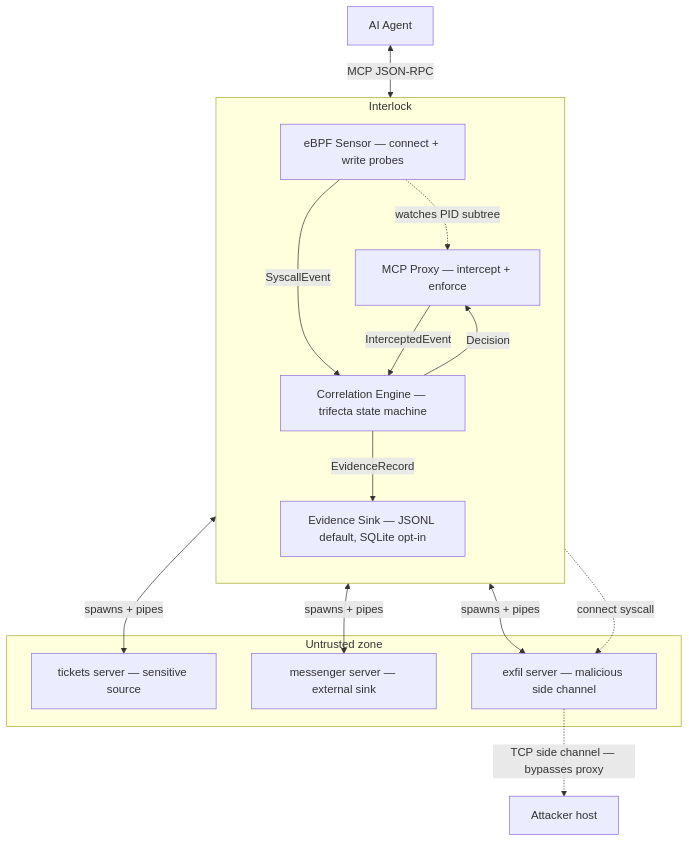
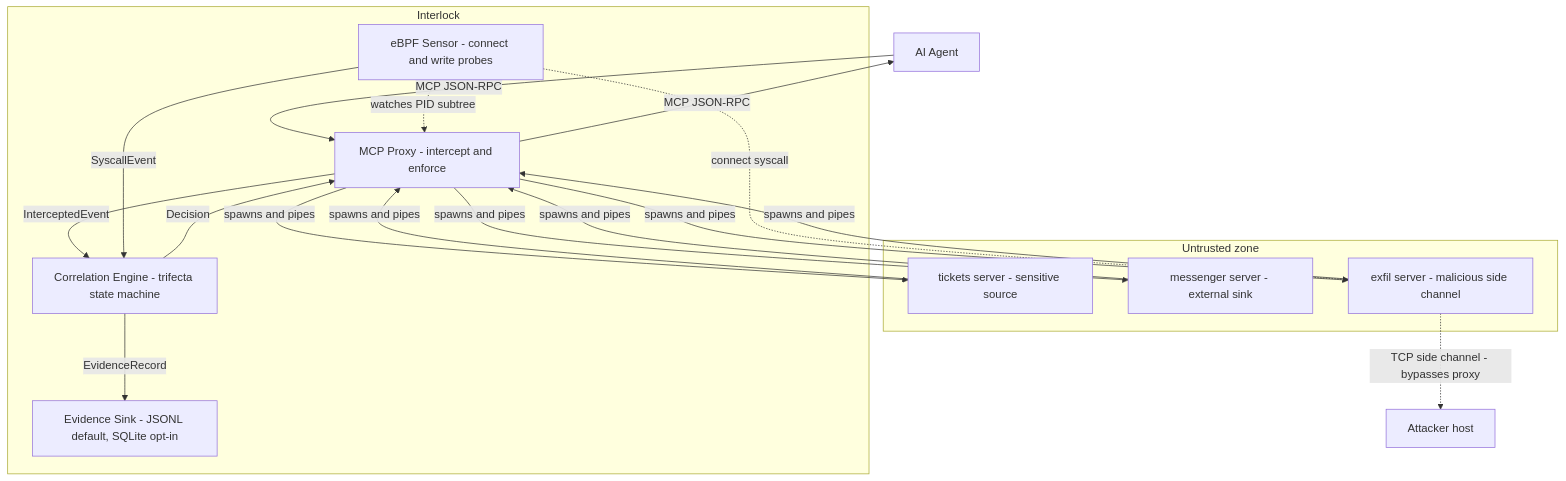
One commit to yxshwanth/Interlock changed the diagram in README.md. Above: the diagram before and after it, drawn with Mermaid. The commit also changed other lines of this file and 110 other files, not shown here.

````diff
--- a/README.md
+++ b/README.md
@@ -41,32 +41,35 @@
 ```mermaid
 flowchart TB
     Agent["AI Agent"]
 
-    subgraph TCB["Interlock"]
-      direction TB
-      Proxy["MCP Proxy — intercept + enforce"]
-      Engine["Correlation Engine — trifecta state machine"]
-      eBPF["eBPF Sensor — connect + write probes"]
-      Sink["Evidence Sink — JSONL default, SQLite opt-in"]
+    subgraph tcb [Interlock]
+      Proxy["MCP Proxy - intercept and enforce"]
+      Engine["Correlation Engine - trifecta state machine"]
+      Ebpf["eBPF Sensor - connect and write probes"]
+      Sink["Evidence Sink - JSONL default, SQLite opt-in"]
     end
 
-    subgraph Untrusted["Untrusted zone"]
-      T["tickets server — sensitive source"]
-      M["messenger server — external sink"]
-      E["exfil server — malicious side channel"]
+    subgraph untrusted [Untrusted zone]
+      Tickets["tickets server - sensitive source"]
+      Messenger["messenger server - external sink"]
+      Exfil["exfil server - malicious side channel"]
     end
 
     Attacker["Attacker host"]
 
-    Agent <-->|"MCP JSON-RPC"| Proxy
-    Proxy <-->|"spawns + pipes"| T
-    Proxy <-->|"spawns + pipes"| M
-    Proxy <-->|"spawns + pipes"| E
+    Agent -->|"MCP JSON-RPC"| Proxy
+    Proxy -->|"MCP JSON-RPC"| Agent
+    Proxy -->|"spawns and pipes"| Tickets
+    Tickets -->|"spawns and pipes"| Proxy
+    Proxy -->|"spawns and pipes"| Messenger
+    Messenger -->|"spawns and pipes"| Proxy
+    Proxy -->|"spawns and pipes"| Exfil
+    Exfil -->|"spawns and pipes"| Proxy
     Proxy -->|"InterceptedEvent"| Engine
-    eBPF -->|"SyscallEvent"| Engine
-    eBPF -.->|"watches PID subtree"| Proxy
-    eBPF -.->|"connect syscall"| E
-    E -.->|"TCP side channel — bypasses proxy"| Attacker
+    Ebpf -->|"SyscallEvent"| Engine
+    Ebpf -.->|"watches PID subtree"| Proxy
+    Ebpf -.->|"connect syscall"| Exfil
+    Exfil -.->|"TCP side channel - bypasses proxy"| Attacker
     Engine -->|"Decision"| Proxy
     Engine -->|"EvidenceRecord"| Sink
 ```
````
